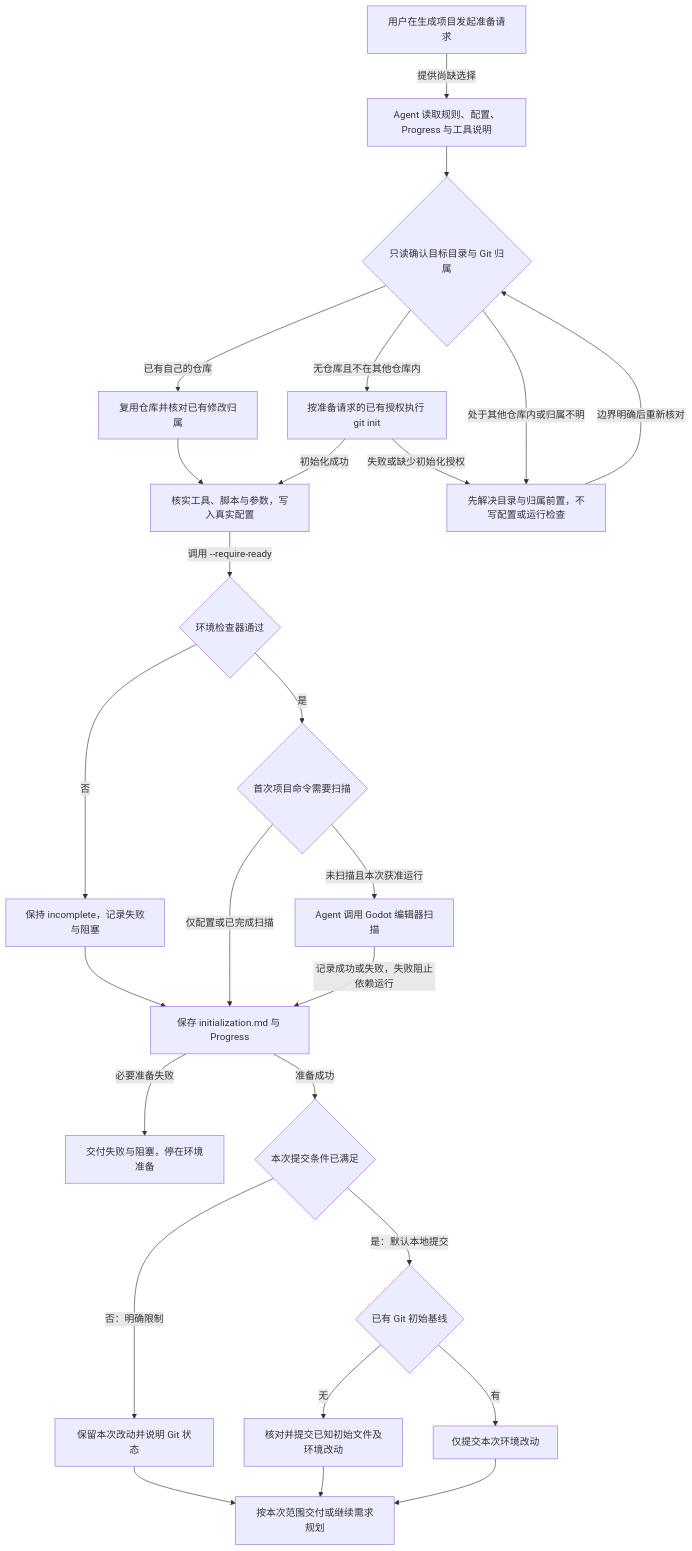
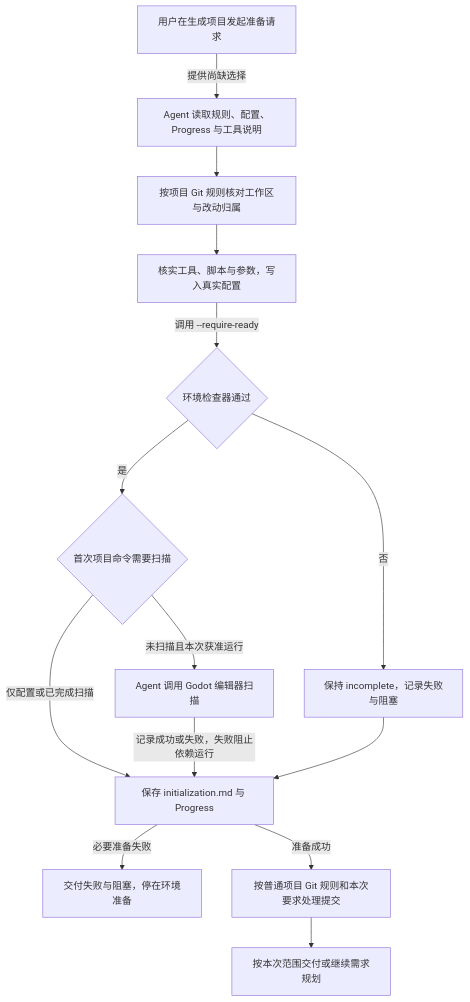
Before and after one commit to yxy823/Game_idle_yaya_frame: the diagram in framework/docs/blank-project/getting-started/first-use.md, drawn with Mermaid. The commit also changed other lines of this file and 38 other files, not shown here.

````diff
--- a/framework/docs/blank-project/getting-started/first-use.md
+++ b/framework/docs/blank-project/getting-started/first-use.md
@@ -9,28 +9,16 @@
 ```mermaid
 flowchart TD
     U[用户在生成项目发起准备请求] -->|提供尚缺选择| A[Agent 读取规则、配置、Progress 与工具说明]
-    A --> O{只读确认目标目录与 Git 归属}
-    O -->|已有自己的仓库| E[复用仓库并核对已有修改归属]
-    O -->|无仓库且不在其他仓库内| I[按准备请求的已有授权执行 git init]
-    O -->|处于其他仓库内或归属不明| X[先解决目录与归属前置，不写配置或运行检查]
-    X -->|边界明确后重新核对| O
+    A --> E[按项目 Git 规则核对工作区与改动归属]
     E --> C[核实工具、脚本与参数，写入真实配置]
-    I -->|初始化成功| C
-    I -->|失败或缺少初始化授权| X
     C -->|调用 --require-ready| V{环境检查器通过}
     V -->|否| F[保持 incomplete，记录失败与阻塞]
     V -->|是| S{首次项目命令需要扫描}
     S -->|仅配置或已完成扫描| R[保存 initialization.md 与 Progress]
     S -->|未扫描且本次获准运行| G[Agent 调用 Godot 编辑器扫描]
     G -->|记录成功或失败，失败阻止依赖运行| R
     F --> R
     R -->|必要准备失败| Z[交付失败与阻塞，停在环境准备]
-    R -->|准备成功| B{本次提交条件已满足}
-    B -->|否：明确限制| W[保留本次改动并说明 Git 状态]
-    B -->|是：默认本地提交| H{已有 Git 初始基线}
-    H -->|无| K[核对并提交已知初始文件及环境改动]
-    H -->|有| T[仅提交本次环境改动]
-    K --> N[按本次范围交付或继续需求规划]
-    W --> N
-    T --> N
+    R -->|准备成功| T[按普通项目 Git 规则和本次要求处理提交]
+    T --> N[按本次范围交付或继续需求规划]
 ```
````
